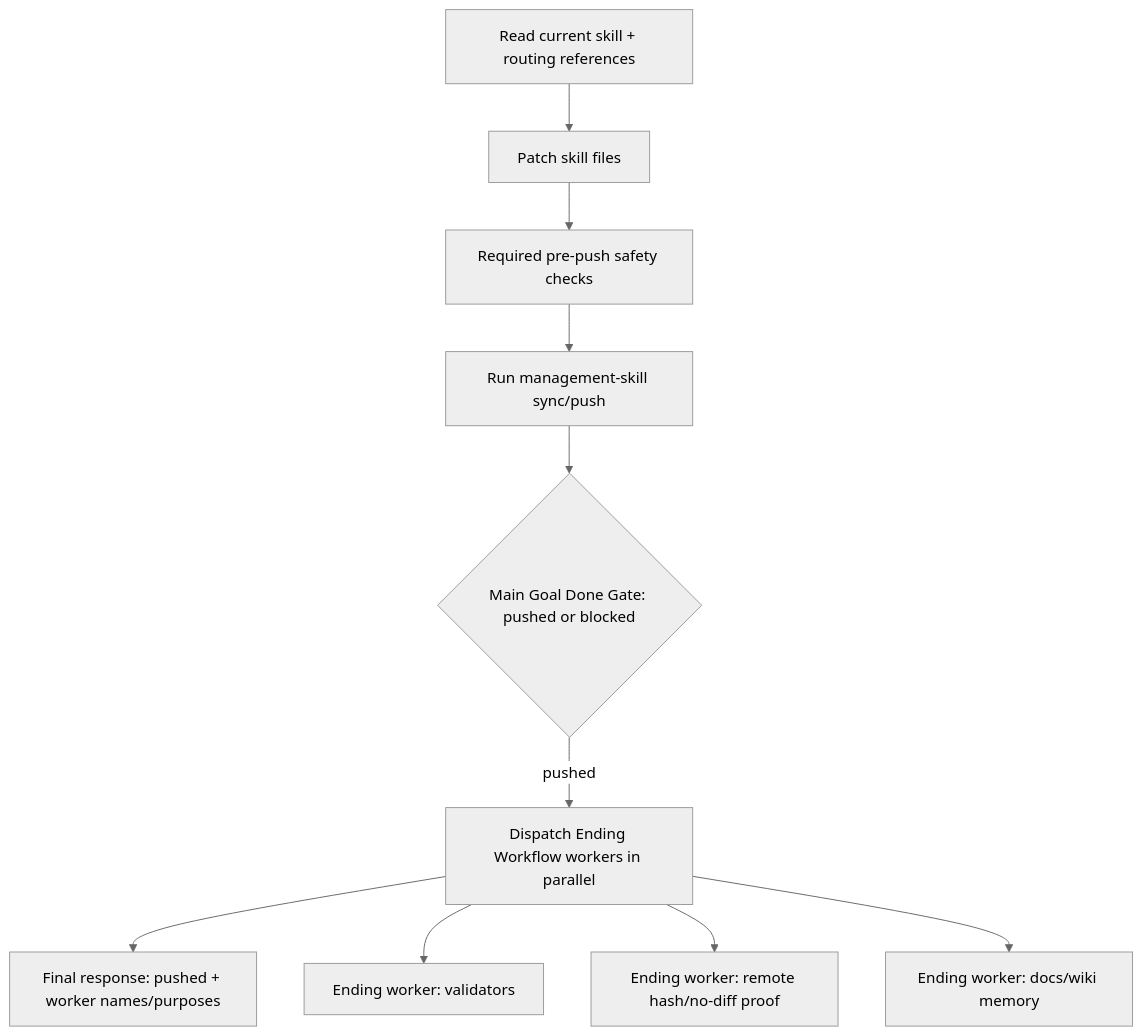
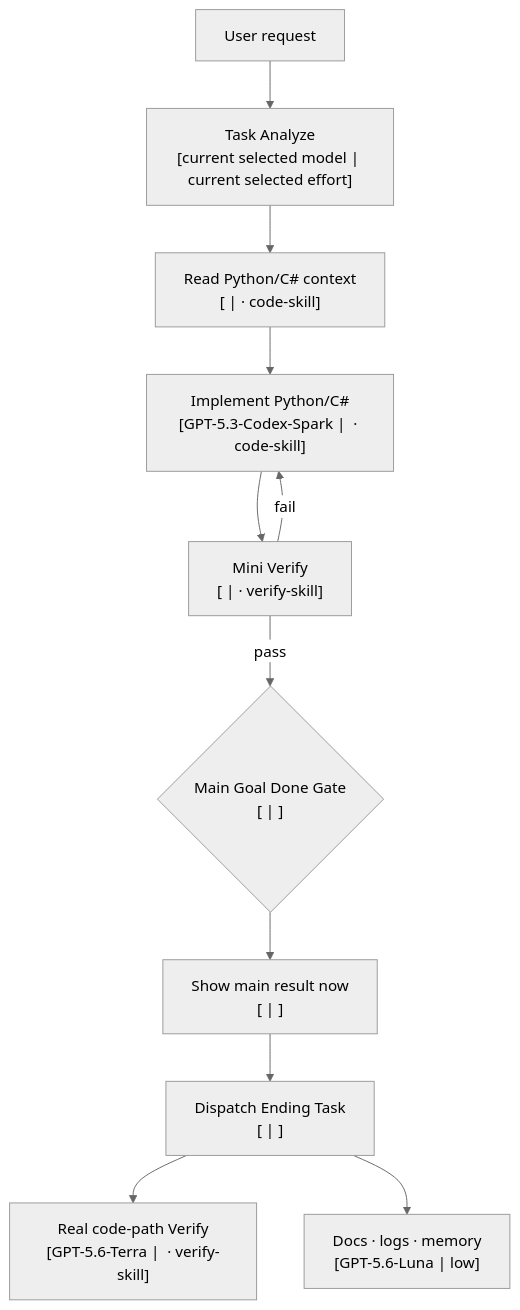
The second of 3 diagrams in workflow-skill/references/start-diagram-template.md (qinbatista/qin-codex-skills), drawn with Mermaid (neutral theme) before and after one commit. The commit also changed other lines of this file and 50 other files, not shown here.

Commit message:
Add adaptive Task Analyze model experience routing

````diff
--- a/workflow-skill/references/start-diagram-template.md
+++ b/workflow-skill/references/start-diagram-template.md
@@ -53,12 +40,13 @@
 ```mermaid
 flowchart TD
-  A["Read current skill + routing references"] --> B["Patch skill files"]
-  B --> C["Required pre-push safety checks"]
-  C --> D["Run management-skill sync/push"]
-  D --> E{"Main Goal Done Gate: pushed or blocked"}
-  E -->|pushed| F["Dispatch Ending Workflow workers in parallel"]
-  F --> G["Final response: pushed + worker names/purposes"]
-  F --> H["Ending worker: validators"]
-  F --> I["Ending worker: remote hash/no-diff proof"]
-  F --> J["Ending worker: docs/wiki memory"]
+  U["User request"] --> A["Task Analyze<br/>[current selected model | current selected effort]"]
+  A --> B["Read Python/C# context<br/>[<planned model> | <effort> · code-skill]"]
+  B --> C["Implement Python/C#<br/>[GPT-5.3-Codex-Spark | <effort> · code-skill]"]
+  C --> V["Mini Verify<br/>[<model> | <effort> · verify-skill]"]
+  V -->|fail| C
+  V -->|pass| G{"Main Goal Done Gate<br/>[<model> | <effort>]"}
+  G --> R["Show main result now<br/>[<model> | <effort>]"]
+  R --> E["Dispatch Ending Task<br/>[<model> | <effort>]"]
+  E --> RV["Real code-path Verify<br/>[GPT-5.6-Terra | <effort> · verify-skill]"]
+  E --> D["Docs · logs · memory<br/>[GPT-5.6-Luna | low]"]
 ```
````
